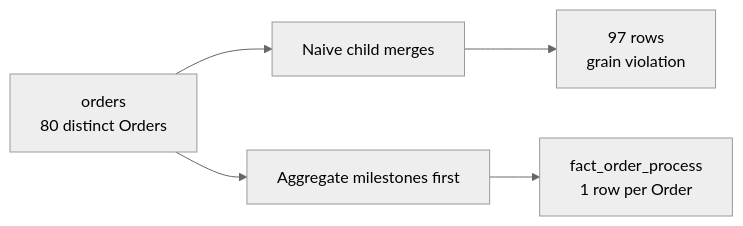
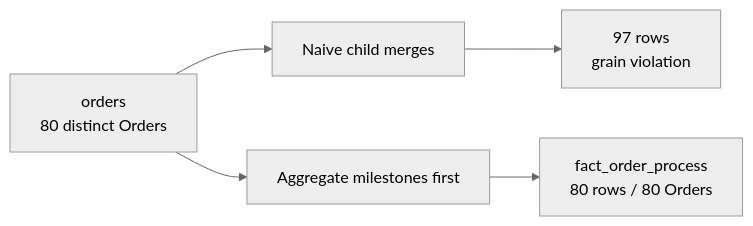
One commit to gw-ai-security/dimensional-data-modeling-portfolio changed the third of 3 diagrams in diagrams/capstone-progress.md. Above: the diagram before and after it, drawn with Mermaid (neutral theme). The commit also changed other lines of this file, not shown here.

Commit message:
docs: finalize semantic model diagram

````diff
--- a/diagrams/capstone-progress.md
+++ b/diagrams/capstone-progress.md
@@ -57,7 +61,7 @@
 ```mermaid
 flowchart LR
     O[orders<br/>80 distinct Orders] --> J[Naive child merges]
     J --> BAD[97 rows<br/>grain violation]
     O --> M[Aggregate milestones first]
-    M --> GOOD[fact_order_process<br/>1 row per Order]
+    M --> GOOD[fact_order_process<br/>80 rows / 80 Orders]
 ```
````
